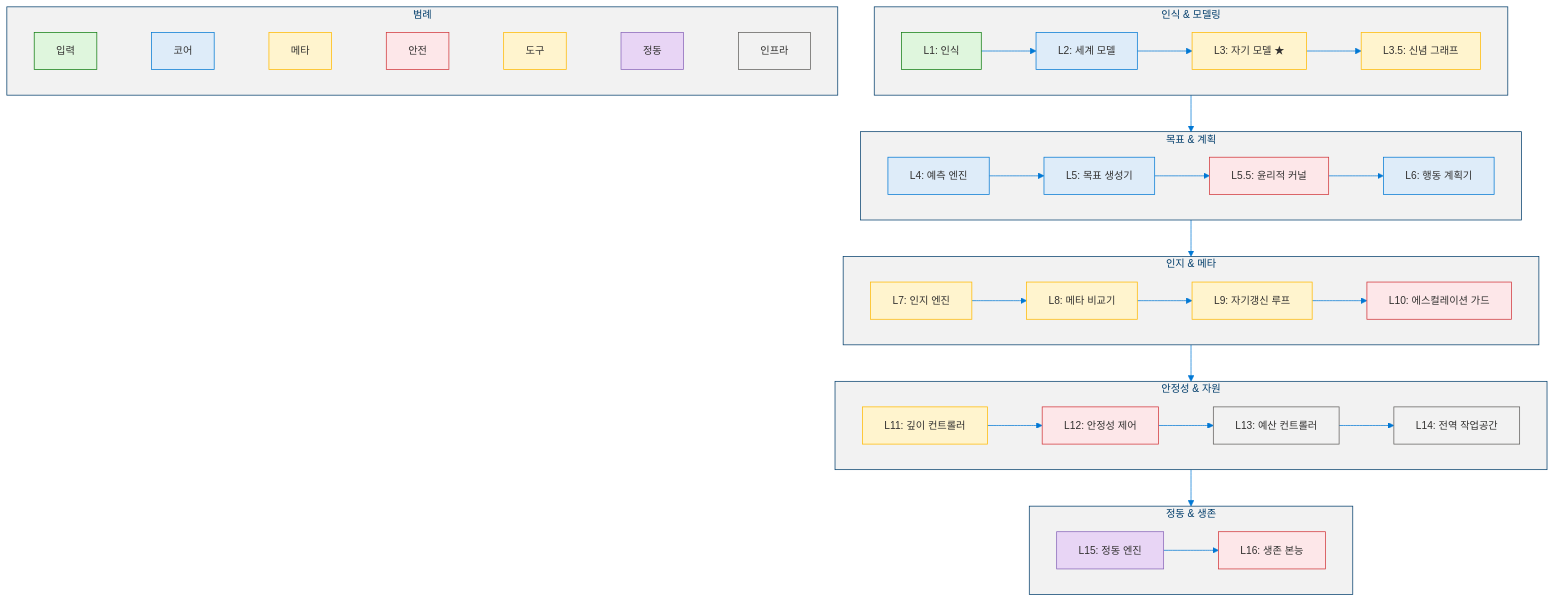
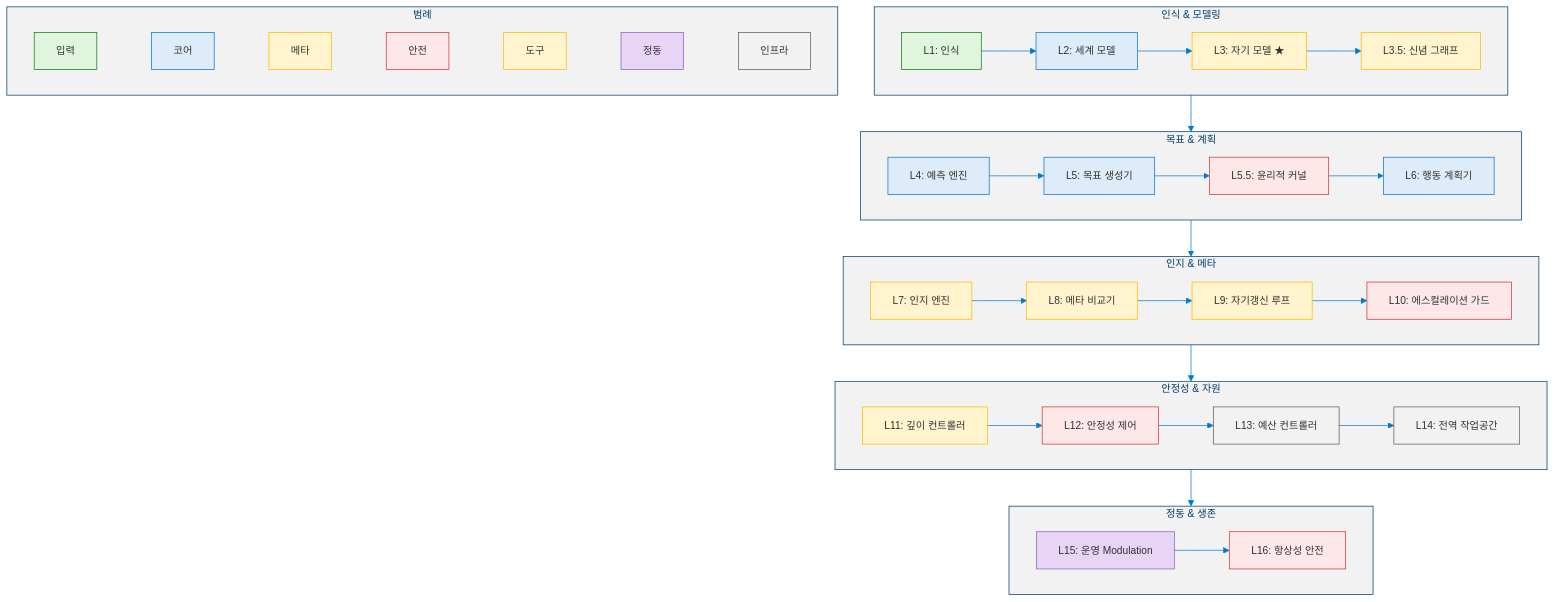
The second of 5 diagrams in docs/MSCP_Overview.ko.md (dotnetpower/mscp), drawn with Mermaid before and after one commit. The commit also changed other lines of this file and 21 other files, not shown here.

````diff
--- a/docs/MSCP_Overview.ko.md
+++ b/docs/MSCP_Overview.ko.md
@@ -297,43 +297,43 @@
 ```mermaid
 %%{init: {'theme': 'base', 'themeVariables': {'primaryColor': '#0078D4', 'primaryTextColor': '#003D6B', 'primaryBorderColor': '#003D6B', 'secondaryColor': '#50E6FF', 'secondaryTextColor': '#323130', 'secondaryBorderColor': '#00BCF2', 'tertiaryColor': '#F2F2F2', 'tertiaryTextColor': '#323130', 'lineColor': '#0078D4', 'textColor': '#323130', 'mainBkg': '#DEECF9', 'nodeBorder': '#0078D4', 'clusterBkg': '#F2F2F2', 'clusterBorder': '#003D6B', 'titleColor': '#003D6B', 'edgeLabelBackground': '#FFFFFF', 'fontSize': '14px'}}}%%
 flowchart TB
   classDef input fill:#DFF6DD,stroke:#107C10,color:#323130
   classDef core fill:#DEECF9,stroke:#0078D4,color:#323130
   classDef meta fill:#FFF4CE,stroke:#FFB900,color:#323130
   classDef safety fill:#FDE7E9,stroke:#D13438,color:#323130
   classDef tool fill:#FFF4CE,stroke:#FFB900,color:#323130
   classDef affect fill:#E8D5F5,stroke:#8764B8,color:#323130
   classDef infra fill:#F2F2F2,stroke:#605E5C,color:#323130
 
   subgraph G1["인식 & 모델링"]
     direction LR
     L01["L1: 인식"]:::input --> L02["L2: 세계 모델"]:::core --> L03["L3: 자기 모델 ★"]:::meta --> L035["L3.5: 신념 그래프"]:::meta
   end
 
   subgraph G2["목표 & 계획"]
     direction LR
     L04["L4: 예측 엔진"]:::core --> L05["L5: 목표 생성기"]:::core --> L055["L5.5: 윤리적 커널"]:::safety --> L06["L6: 행동 계획기"]:::core
   end
 
   subgraph G3["인지 & 메타"]
     direction LR
     L07["L7: 인지 엔진"]:::tool --> L08["L8: 메타 비교기"]:::meta --> L09["L9: 자기갱신 루프"]:::meta --> L10["L10: 에스컬레이션 가드"]:::safety
   end
 
   subgraph G4["안정성 & 자원"]
     direction LR
     L11["L11: 깊이 컨트롤러"]:::meta --> L12["L12: 안정성 제어"]:::safety --> L13["L13: 예산 컨트롤러"]:::infra --> L14["L14: 전역 작업공간"]:::infra
   end
 
   subgraph G5["정동 & 생존"]
     direction LR
-    L15["L15: 정동 엔진"]:::affect --> L16["L16: 생존 본능"]:::safety
+    L15["L15: 운영 Modulation"]:::affect --> L16["L16: 항상성 안전"]:::safety
   end
 
   G1 --> G2 --> G3 --> G4 --> G5
 
   subgraph Legend["범례"]
     direction LR
     LI["입력"]:::input ~~~ LP["코어"]:::core ~~~ LM["메타"]:::meta ~~~ LS["안전"]:::safety ~~~ LT["도구"]:::tool ~~~ LA["정동"]:::affect ~~~ LN["인프라"]:::infra
   end
 ```
````
